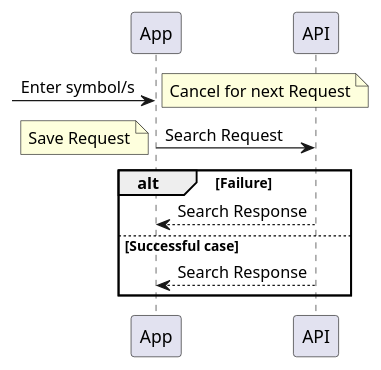
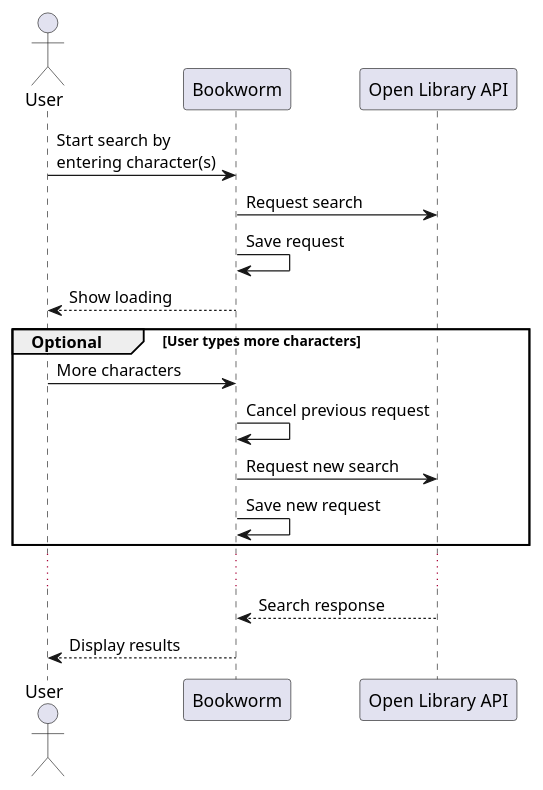
The diagram in UML_DIagrams/search_sequence_diagram.plantuml (elenavarbanova/bookworm), drawn with PlantUML before and after one commit. The commit also changed 16 other files, not shown here.

```diff
--- a/UML_DIagrams/search_sequence_diagram.plantuml
+++ b/UML_DIagrams/search_sequence_diagram.plantuml
@@ -1,17 +1,27 @@
 @startuml
 
- -> App: Enter symbol/s
-note left: Cancel for next Request
+actor User
+participant App as "Bookworm"
+participant API as "Open Library API"
 
+User -> App: Start search by\nentering character(s)
 
-App -> API: Search Request
-note left:Save Request
-alt Failure
+App -> API: Request search
+App -> App: Save request
+User <-- App: Show loading 
 
-API --> App: Search Response
-else Successful case
+group Optional [User types more characters]
 
-API --> App: Search Response
+    User -> App: More characters
+    App -> App: Cancel previous request
+    App -> API: Request new search
+    App -> App: Save new request
+
 end
 
+...
+
+App <-- API: Search response
+User <-- App: Display results
+
 @enduml
```
